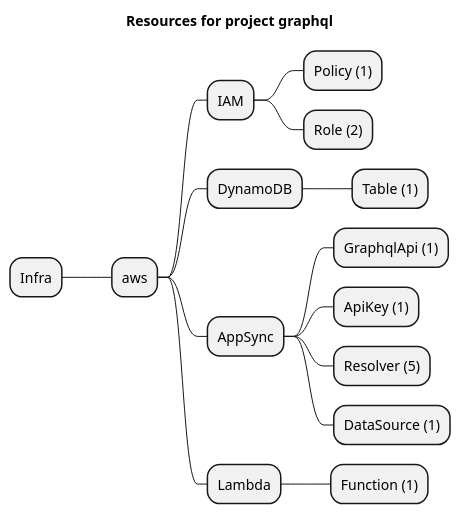
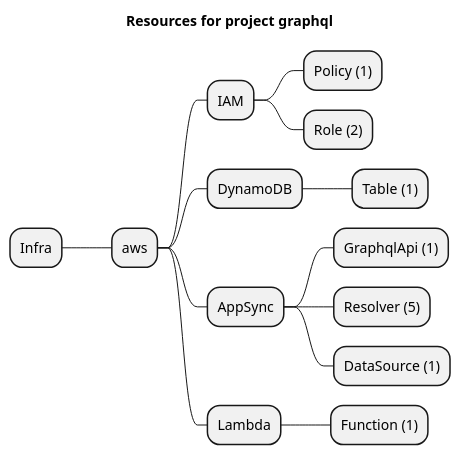
One commit to grucloud/grucloud changed the diagram in examples/aws/appSync/graphql/artifacts/resources-mindmap.puml. Above: the diagram before and after it, drawn with PlantUML. The commit also changed 12 other files, not shown here.

Commit message:
GraphqlApi embeds apiKeys

```diff
--- a/examples/aws/appSync/graphql/artifacts/resources-mindmap.puml
+++ b/examples/aws/appSync/graphql/artifacts/resources-mindmap.puml
@@ -1,18 +1,17 @@
 @startmindmap
 title Resources for project graphql
 skinparam monochrome true
 + Infra
 ++ aws
 +++ IAM
 ++++ Policy (1)
 ++++ Role (2)
 +++ DynamoDB
 ++++ Table (1)
 +++ AppSync
 ++++ GraphqlApi (1)
-++++ ApiKey (1)
 ++++ Resolver (5)
 ++++ DataSource (1)
 +++ Lambda
 ++++ Function (1)
 @endmindmap
```
